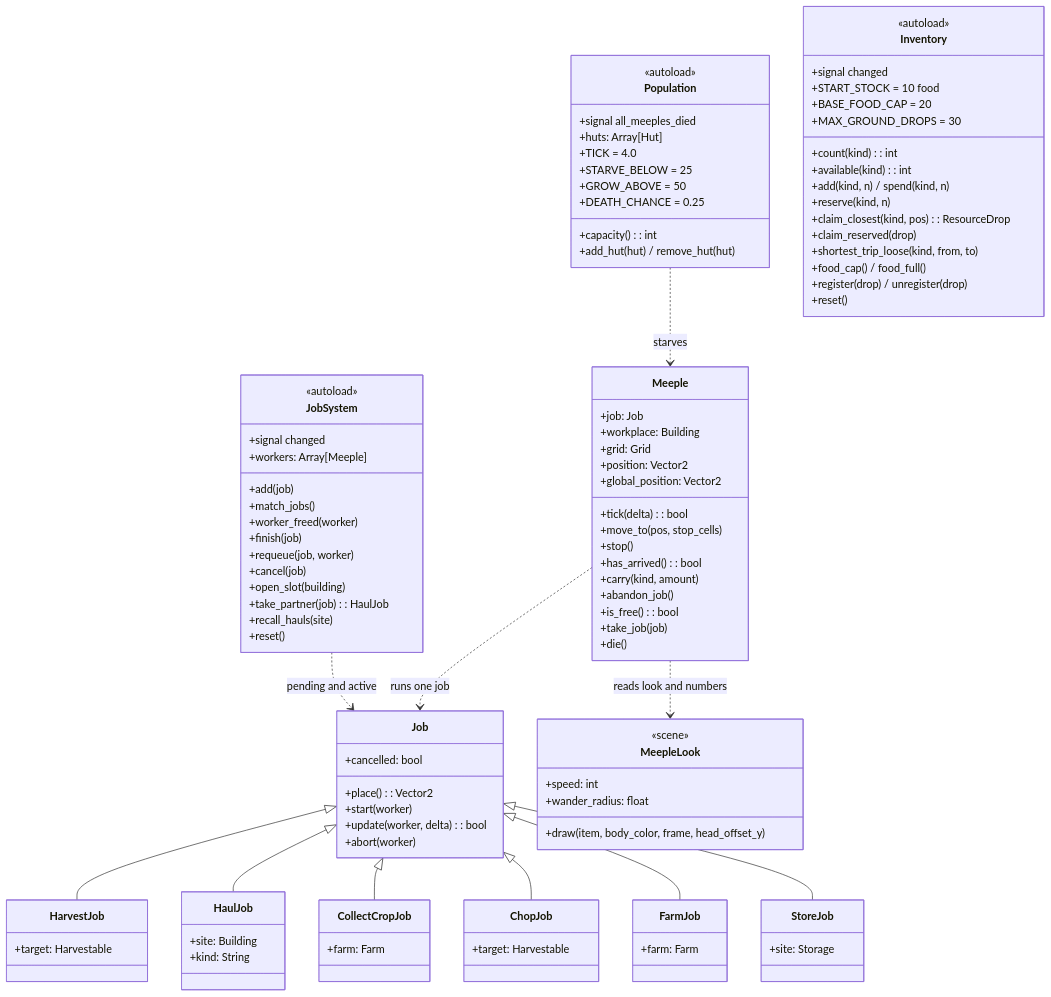
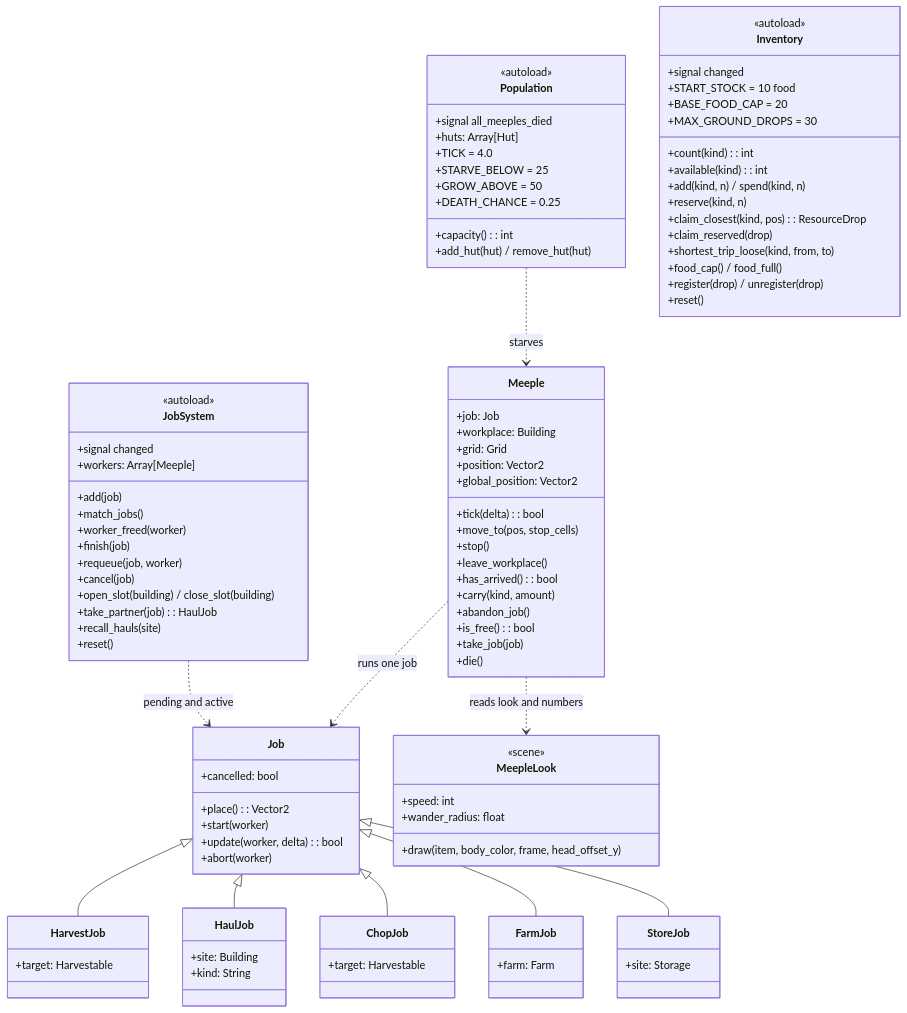
Before and after one commit to Liam-M-Mays/game-jam-2026: the ninth of 10 diagrams in docs/architecture.md, drawn with Mermaid. The commit also changed other lines of this file and 13 other files, not shown here.

```diff
--- a/docs/architecture.md
+++ b/docs/architecture.md
@@ -545,7 +547,7 @@
         +finish(job)
         +requeue(job, worker)
         +cancel(job)
-        +open_slot(building)
+        +open_slot(building) / close_slot(building)
         +take_partner(job): HaulJob
         +recall_hauls(site)
         +reset()
@@ -566,6 +568,7 @@
         +tick(delta): bool
         +move_to(pos, stop_cells)
         +stop()
+        +leave_workplace()
         +has_arrived(): bool
         +carry(kind, amount)
         +abandon_job()
@@ -614,9 +617,6 @@
         +site: Building
         +kind: String
     }
-    class CollectCropJob {
-        +farm: Farm
-    }
     class ChopJob {
         +target: Harvestable
     }
@@ -628,7 +628,6 @@
     }
     Job <|-- HarvestJob
     Job <|-- HaulJob
-    Job <|-- CollectCropJob
     Job <|-- ChopJob
     Job <|-- FarmJob
     Job <|-- StoreJob
```
